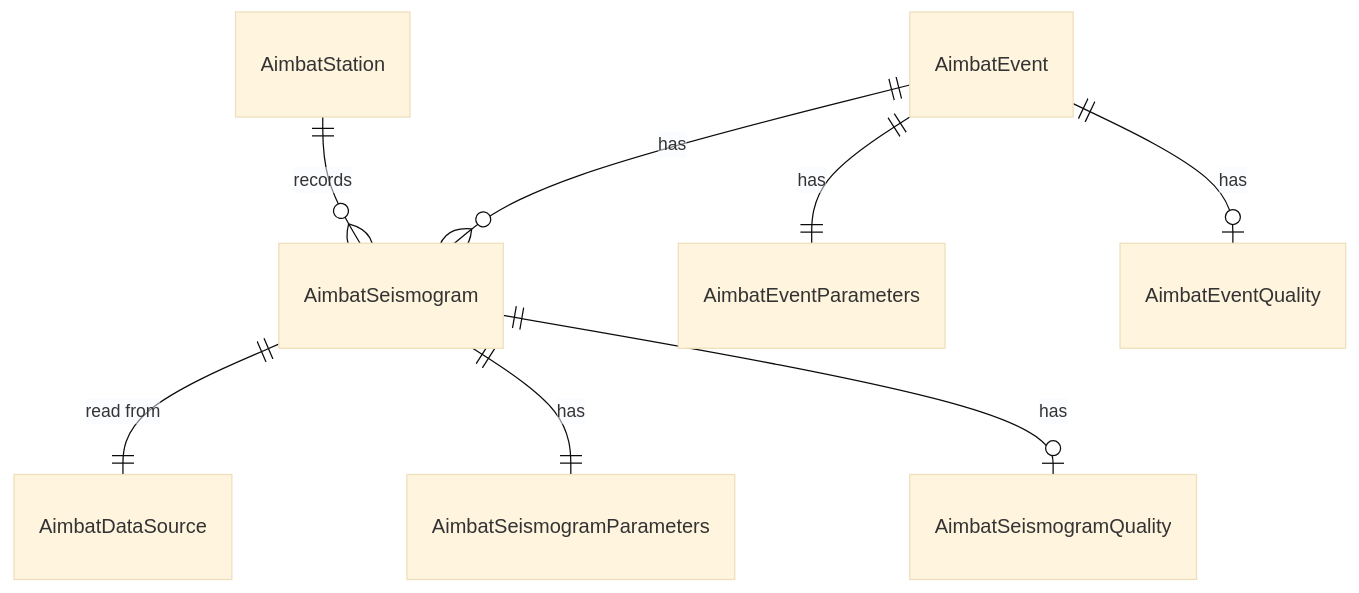
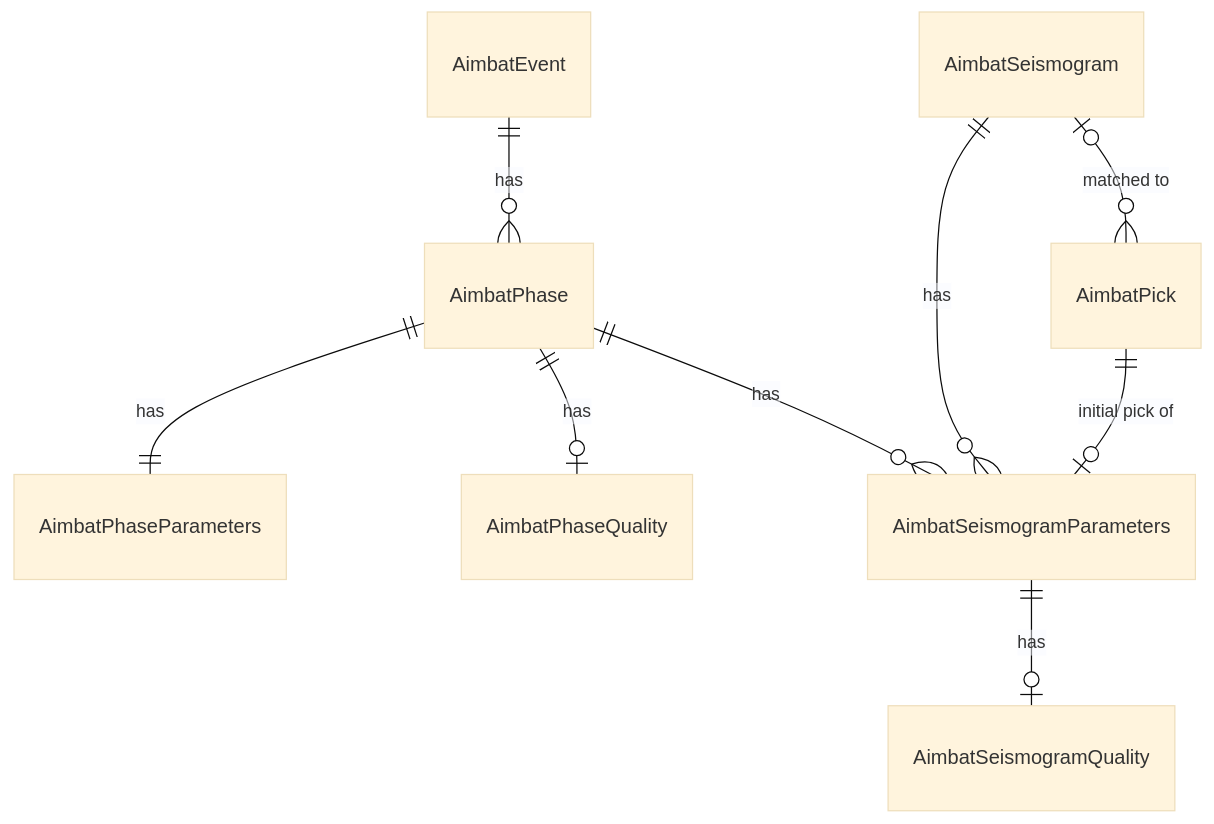
One commit to pysmo/aimbat changed the second of 4 diagrams in docs/development/database-models.md. Above: the diagram before and after it, drawn with Mermaid (base theme). The commit also changed other lines of this file and 142 other files, not shown here.

First line of the commit message:
feat!: process each phase of an event separately

````diff
--- a/docs/development/database-models.md
+++ b/docs/development/database-models.md
@@ -10,10 +25,11 @@
 ```mermaid
 erDiagram
-    AimbatStation ||--o{ AimbatSeismogram : "records"
-    AimbatEvent ||--o{ AimbatSeismogram : "has"
-    AimbatSeismogram ||--|| AimbatDataSource : "read from"
-    AimbatEvent ||--|| AimbatEventParameters : "has"
-    AimbatEvent ||--o| AimbatEventQuality : "has"
-    AimbatSeismogram ||--|| AimbatSeismogramParameters : "has"
-    AimbatSeismogram ||--o| AimbatSeismogramQuality : "has"
+    AimbatEvent ||--o{ AimbatPhase : "has"
+    AimbatPhase ||--|| AimbatPhaseParameters : "has"
+    AimbatPhase ||--o| AimbatPhaseQuality : "has"
+    AimbatPhase ||--o{ AimbatSeismogramParameters : "has"
+    AimbatSeismogram ||--o{ AimbatSeismogramParameters : "has"
+    AimbatSeismogramParameters ||--o| AimbatSeismogramQuality : "has"
+    AimbatPick ||--o| AimbatSeismogramParameters : "initial pick of"
+    AimbatSeismogram |o--o{ AimbatPick : "matched to"
 ```
````
